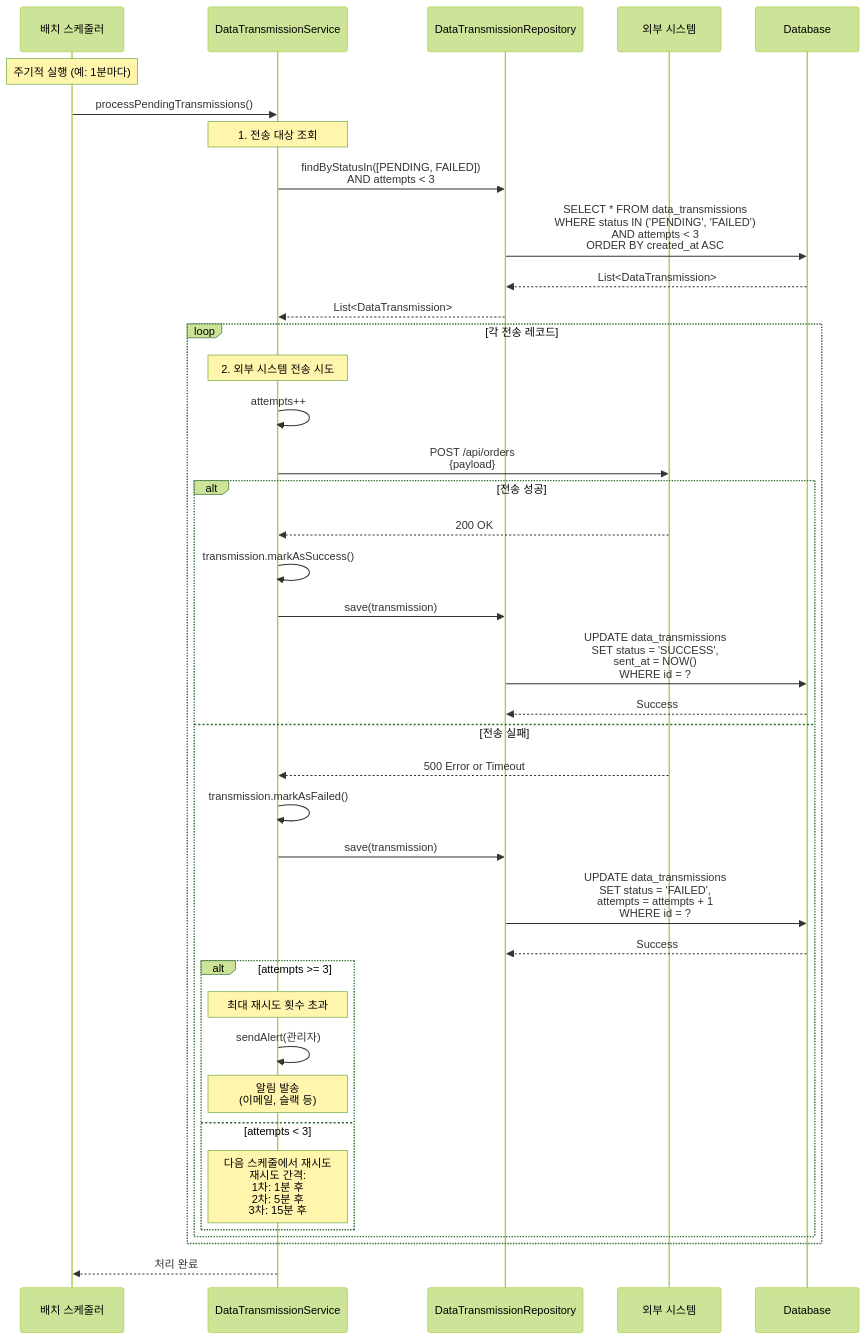
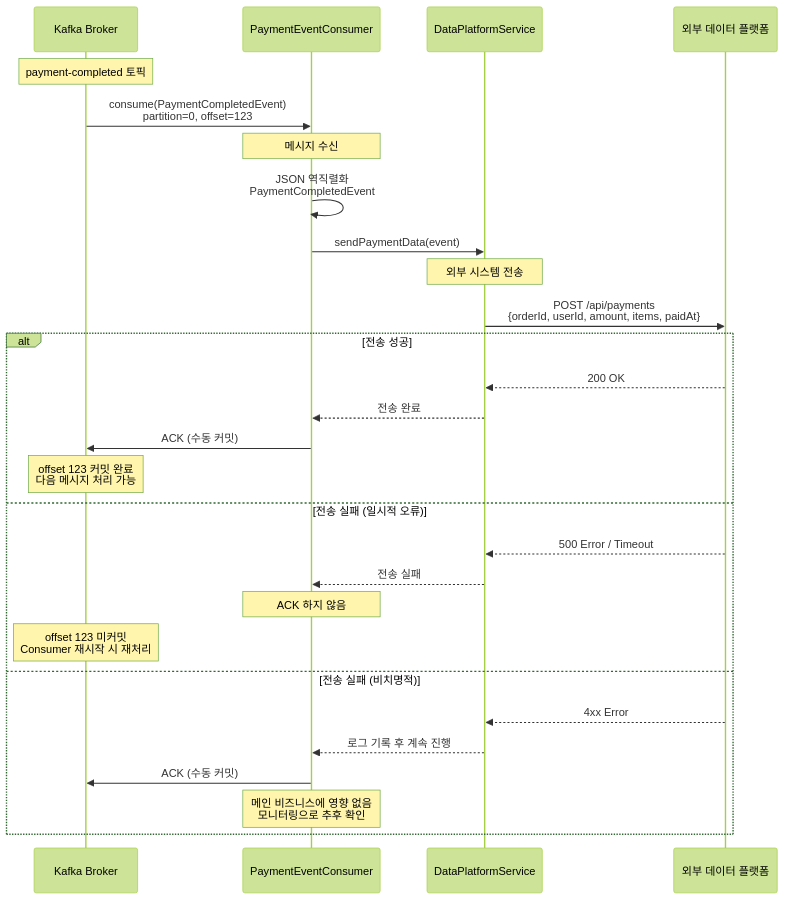
Diagram 22 of 25 in docs/sequence-diagrams.md (knowave/hhplus-ecommerce-kotlin), drawn with Mermaid (forest theme) before and after one commit. The commit also changed other lines of this file and 3 other files, not shown here.

Commit message:
FIX: Payment event 발행 commit 된 후 발행하도록 수정

````diff
--- a/docs/sequence-diagrams.md
+++ b/docs/sequence-diagrams.md
@@ -1035,49 +1147,36 @@
 ```mermaid
 sequenceDiagram
-    participant Scheduler as 배치 스케줄러
-    participant Service as DataTransmissionService
-    participant Repository as DataTransmissionRepository
-    participant ExternalAPI as 외부 시스템
-    participant DB as Database
+    participant Kafka as Kafka Broker
+    participant Consumer as PaymentEventConsumer
+    participant Service as DataPlatformService
+    participant ExternalAPI as 외부 데이터 플랫폼
 
-    Note over Scheduler: 주기적 실행 (예: 1분마다)
+    Note over Kafka: payment-completed 토픽
 
-    Scheduler->>Service: processPendingTransmissions()
+    Kafka->>Consumer: consume(PaymentCompletedEvent)<br/>partition=0, offset=123
 
-    Note over Service: 1. 전송 대상 조회
-    Service->>Repository: findByStatusIn([PENDING, FAILED])<br/>AND attempts < 3
-    Repository->>DB: SELECT * FROM data_transmissions<br/>WHERE status IN ('PENDING', 'FAILED')<br/>AND attempts < 3<br/>ORDER BY created_at ASC
-    DB-->>Repository: List<DataTransmission>
-    Repository-->>Service: List<DataTransmission>
+    Note over Consumer: 메시지 수신
+    Consumer->>Consumer: JSON 역직렬화<br/>PaymentCompletedEvent
 
-    loop 각 전송 레코드
-        Note over Service: 2. 외부 시스템 전송 시도
-        Service->>Service: attempts++
-        Service->>ExternalAPI: POST /api/orders<br/>{payload}
+    Consumer->>Service: sendPaymentData(event)
 
-        alt 전송 성공
-            ExternalAPI-->>Service: 200 OK
-            Service->>Service: transmission.markAsSuccess()
-            Service->>Repository: save(transmission)
-            Repository->>DB: UPDATE data_transmissions<br/>SET status = 'SUCCESS',<br/>sent_at = NOW()<br/>WHERE id = ?
-            DB-->>Repository: Success
+    Note over Service: 외부 시스템 전송
+    Service->>ExternalAPI: POST /api/payments<br/>{orderId, userId, amount, items, paidAt}
 
-        else 전송 실패
-            ExternalAPI-->>Service: 500 Error or Timeout
-            Service->>Service: transmission.markAsFailed()
-            Service->>Repository: save(transmission)
-            Repository->>DB: UPDATE data_transmissions<br/>SET status = 'FAILED',<br/>attempts = attempts + 1<br/>WHERE id = ?
-            DB-->>Repository: Success
-
-            alt attempts >= 3
-                Note over Service: 최대 재시도 횟수 초과
-                Service->>Service: sendAlert(관리자)
-                Note over Service: 알림 발송<br/>(이메일, 슬랙 등)
-            else attempts < 3
-                Note over Service: 다음 스케줄에서 재시도<br/>재시도 간격:<br/>1차: 1분 후<br/>2차: 5분 후<br/>3차: 15분 후
-            end
-        end
+    alt 전송 성공
+        ExternalAPI-->>Service: 200 OK
+        Service-->>Consumer: 전송 완료
+        Consumer->>Kafka: ACK (수동 커밋)
+        Note over Kafka: offset 123 커밋 완료<br/>다음 메시지 처리 가능
+    else 전송 실패 (일시적 오류)
+        ExternalAPI-->>Service: 500 Error / Timeout
+        Service-->>Consumer: 전송 실패
+        Note over Consumer: ACK 하지 않음
+        Note over Kafka: offset 123 미커밋<br/>Consumer 재시작 시 재처리
+    else 전송 실패 (비치명적)
+        ExternalAPI-->>Service: 4xx Error
+        Service-->>Consumer: 로그 기록 후 계속 진행
+        Consumer->>Kafka: ACK (수동 커밋)
+        Note over Consumer: 메인 비즈니스에 영향 없음<br/>모니터링으로 추후 확인
     end
-
-    Service-->>Scheduler: 처리 완료
 ```
````
